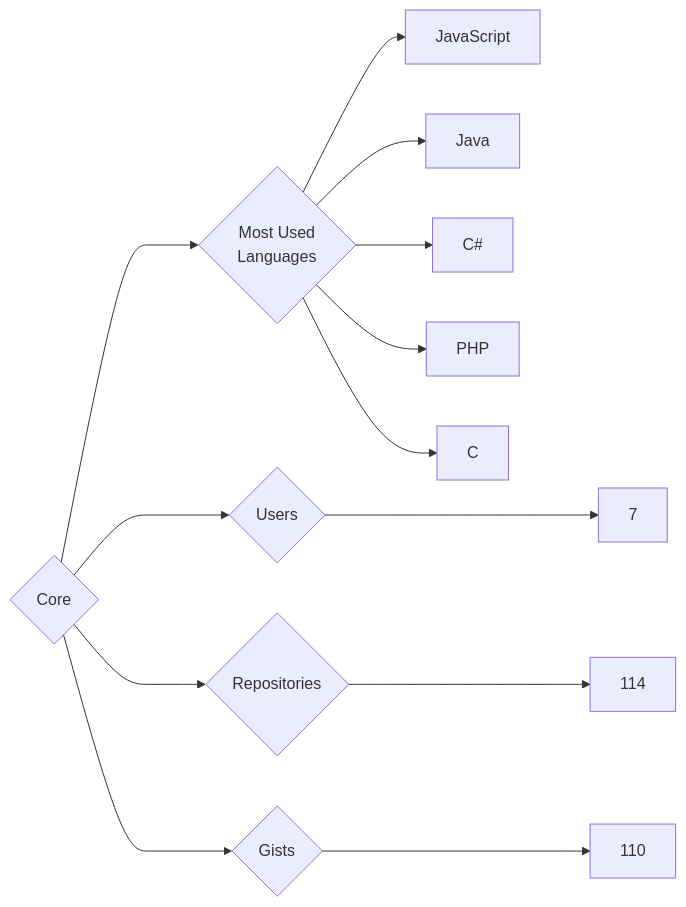
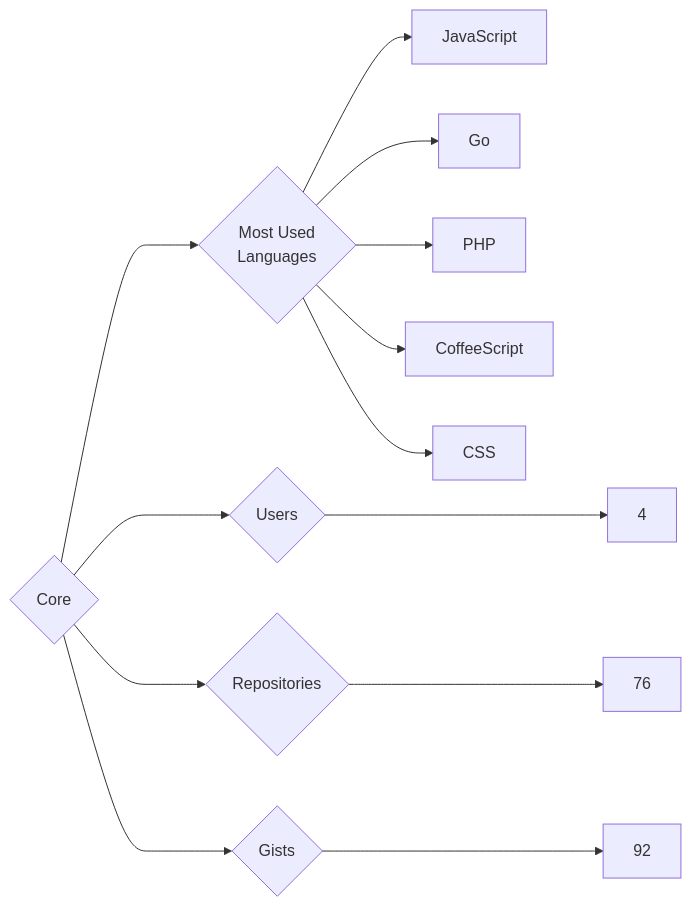
One commit to trickest/insiders changed the diagram in targets/Core/README.md. Above: the diagram before and after it, drawn with Mermaid. The commit also changed 1055 other files, not shown here.

````diff
--- a/targets/Core/README.md
+++ b/targets/Core/README.md
@@ -3,13 +3,13 @@
 ```mermaid
 graph LR
 COMPANY_NAME{Core}
-COMPANY_NAME ---> U{Users} ---> UN[7]
-COMPANY_NAME ---> R{Repositories} ---> RN[114]
-COMPANY_NAME ---> G{Gists} ---> GN[110]
+COMPANY_NAME ---> U{Users} ---> UN[4]
+COMPANY_NAME ---> R{Repositories} ---> RN[76]
+COMPANY_NAME ---> G{Gists} ---> GN[92]
 COMPANY_NAME ---> ML{Most Used<br>Languages}
 ML --> JavaScript[JavaScript]
-ML --> Java[Java]
-ML --> C#[C#]
+ML --> Go[Go]
 ML --> PHP[PHP]
-ML --> C[C]
+ML --> CoffeeScript[CoffeeScript]
+ML --> CSS[CSS]
 ```
````
